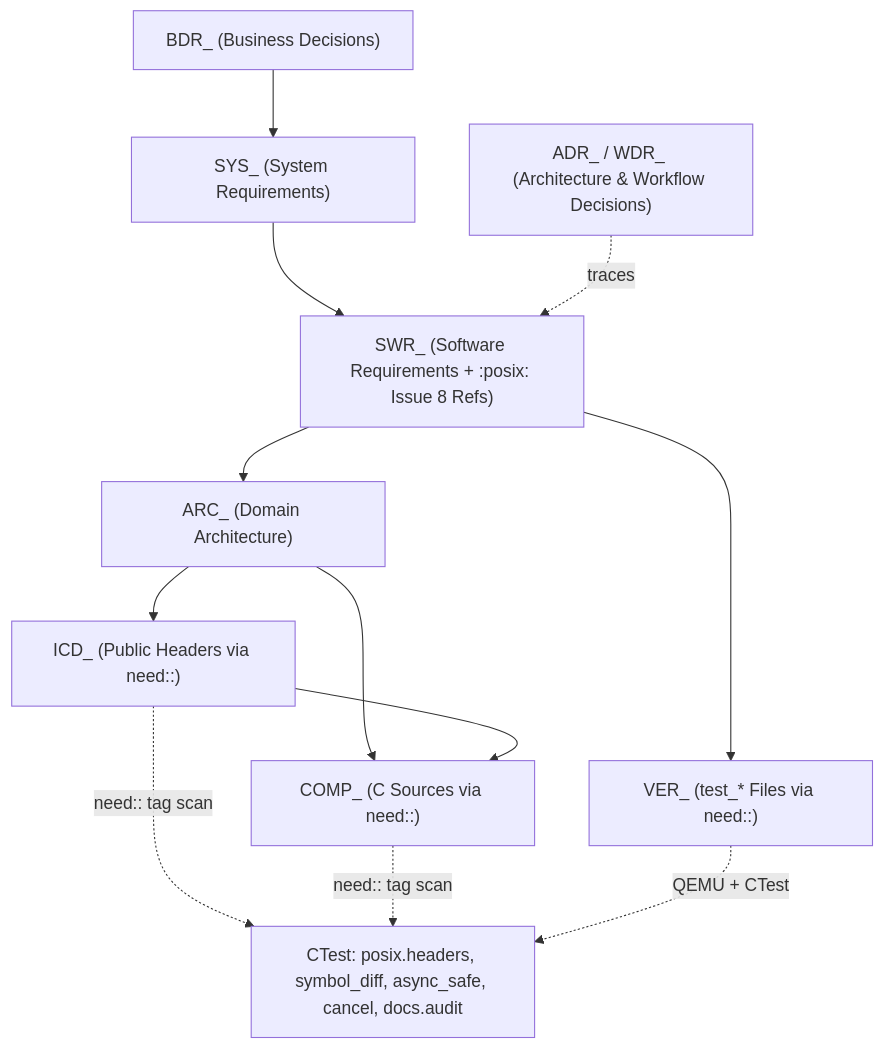
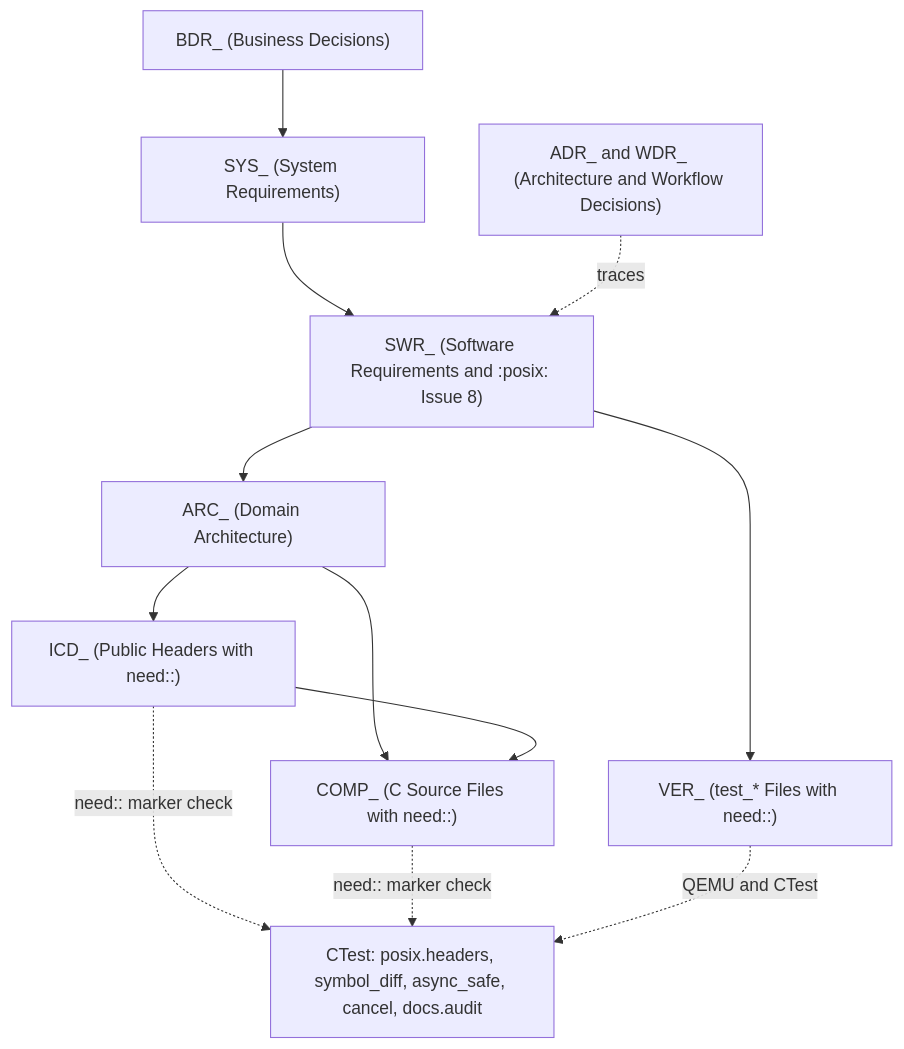
The diagram in docs/30-architecture/docs.md (Deniz-Eren/microkernel), drawn with Mermaid before and after one commit. The commit also changed other lines of this file and 151 other files, not shown here.

````diff
--- a/docs/30-architecture/docs.md
+++ b/docs/30-architecture/docs.md
@@ -22,25 +22,25 @@
 ```mermaid
 flowchart TD
     BDR["BDR_ (Business Decisions)"]
-    DEC["ADR_ / WDR_ (Architecture & Workflow Decisions)"]
+    DEC["ADR_ and WDR_ (Architecture and Workflow Decisions)"]
     SYS["SYS_ (System Requirements)"]
-    SWR["SWR_ (Software Requirements + :posix: Issue 8 Refs)"]
+    SWR["SWR_ (Software Requirements and :posix: Issue 8)"]
     ARC["ARC_ (Domain Architecture)"]
-    ICD["ICD_ (Public Headers via need::)"]
-    COMP["COMP_ (C Sources via need::)"]
-    VER["VER_ (test_* Files via need::)"]
+    ICD["ICD_ (Public Headers with need::)"]
+    COMP["COMP_ (C Source Files with need::)"]
+    VER["VER_ (test_* Files with need::)"]
 
     GATES["CTest: posix.headers, symbol_diff, async_safe, cancel, docs.audit"]
 
     BDR --> SYS
     SYS --> SWR
     DEC -.->|"traces"| SWR
     SWR --> ARC
     ARC --> ICD
     ARC --> COMP
     ICD --> COMP
     SWR --> VER
-    ICD -.->|"need:: tag scan"| GATES
-    COMP -.->|"need:: tag scan"| GATES
-    VER -.->|"QEMU + CTest"| GATES
+    ICD -.->|"need:: marker check"| GATES
+    COMP -.->|"need:: marker check"| GATES
+    VER -.->|"QEMU and CTest"| GATES
 ```
````
